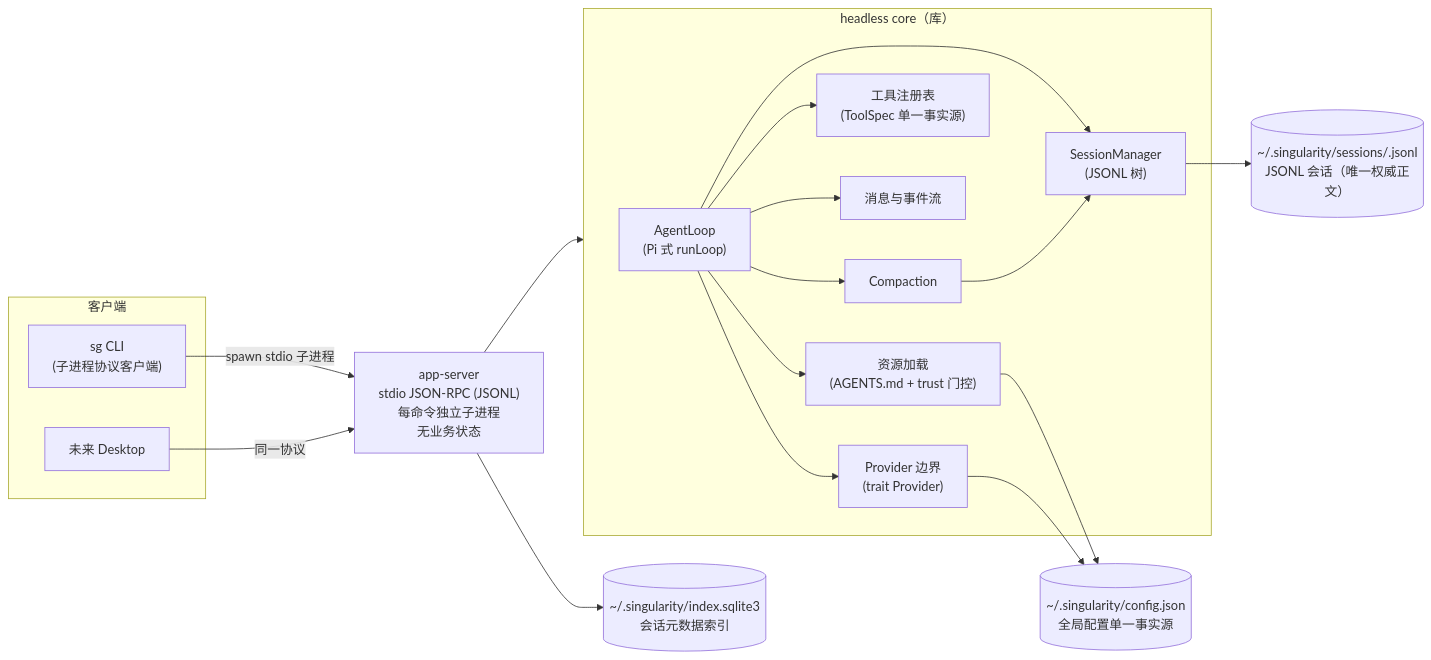
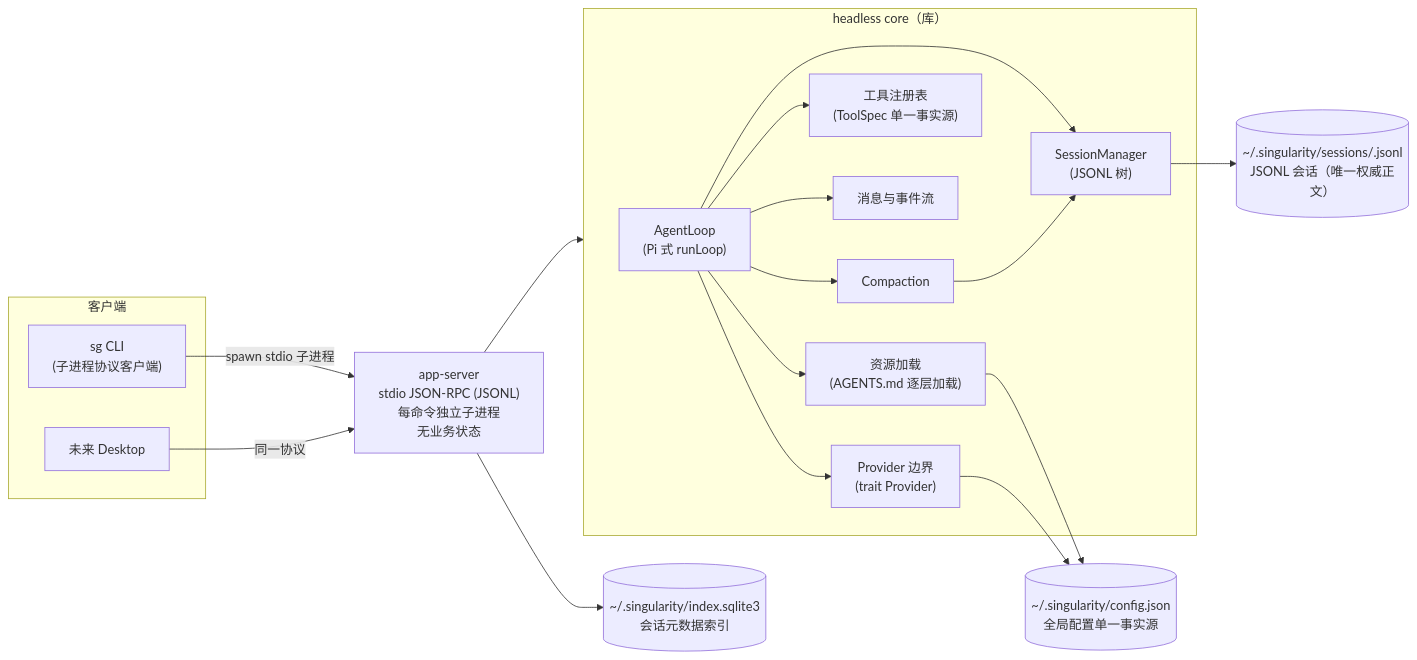
One commit to qjcnmd/singularity-agent changed the first of 8 diagrams in docs/singularity.md. Above: the diagram before and after it, drawn with Mermaid. The commit also changed other lines of this file and 11 other files, not shown here.

````diff
--- a/docs/singularity.md
+++ b/docs/singularity.md
@@ -18,35 +18,35 @@
 ```mermaid
 flowchart LR
     subgraph Client["客户端"]
         CLI["sg CLI<br/>(子进程协议客户端)"]
         Dsk["未来 Desktop"]
     end
     Svr["app-server<br/>stdio JSON-RPC (JSONL)<br/>每命令独立子进程<br/>无业务状态"]
     subgraph Core["headless core（库）"]
         Loop["AgentLoop<br/>(Pi 式 runLoop)"]
         SM["SessionManager<br/>(JSONL 树)"]
         CP["Compaction"]
         TR["工具注册表<br/>(ToolSpec 单一事实源)"]
         EV["消息与事件流"]
-        RL["资源加载<br/>(AGENTS.md + trust 门控)"]
+        RL["资源加载<br/>(AGENTS.md 逐层加载)"]
         PV["Provider 边界<br/>(trait Provider)"]
     end
     CFG[("~/.singularity/config.json<br/>全局配置单一事实源")]
     SES[("~/.singularity/sessions/<uuid>.jsonl<br/>JSONL 会话（唯一权威正文）")]
 
     IDX[("~/.singularity/index.sqlite3<br/>会话元数据索引")]
     CLI -->|"spawn stdio 子进程"| Svr
     Dsk -->|"同一协议"| Svr
     Svr --> Core
     Loop --> SM
     Loop --> CP
     Loop --> TR
     Loop --> EV
     Loop --> RL
     Loop --> PV
     CP --> SM
     SM --> SES
     Svr --> IDX
     RL --> CFG
     PV --> CFG
 ```
````
